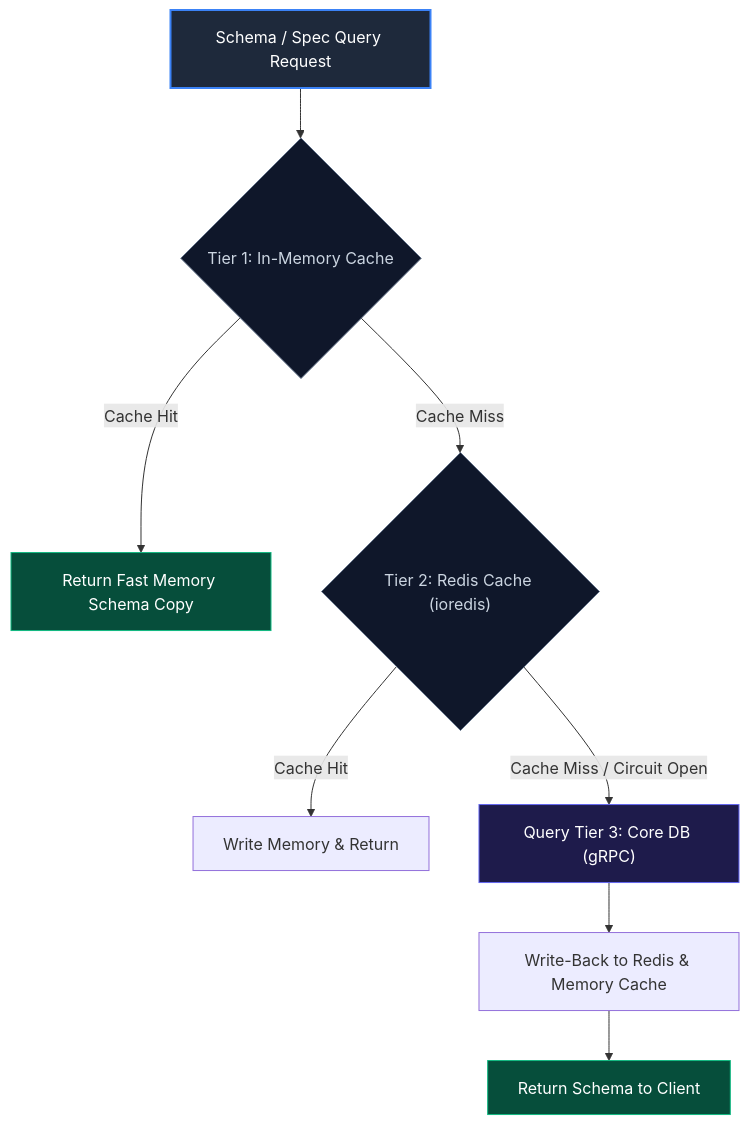
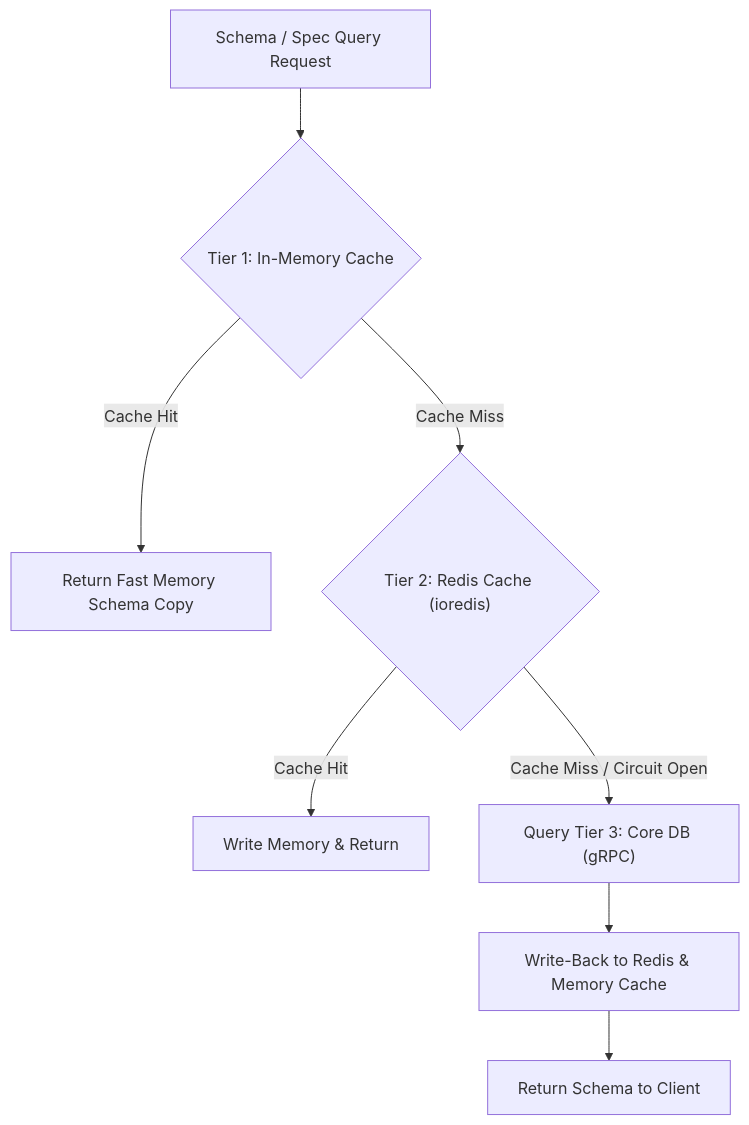
Before and after one commit to HadiuzzamanBappy/finx-ui: the diagram in docs/devs/04-data-flow-and-api/caching-strategy.md, drawn with Mermaid. The commit also changed 31 other files, not shown here.

````diff
--- a/docs/devs/04-data-flow-and-api/caching-strategy.md
+++ b/docs/devs/04-data-flow-and-api/caching-strategy.md
@@ -12,20 +12,13 @@
 ```mermaid
 flowchart TD
     Req["Schema / Spec Query Request"] --> T1{"Tier 1: In-Memory Cache"}
     
     T1 -- Cache Hit --> Ret1["Return Fast Memory Schema Copy"]
     T1 -- Cache Miss --> T2{"Tier 2: Redis Cache (ioredis)"}
     
     T2 -- Cache Hit --> Write1["Write Memory & Return"]
     T2 -- Cache Miss / Circuit Open --> T3["Query Tier 3: Core DB (gRPC)"]
     
     T3 --> WriteBack["Write-Back to Redis & Memory Cache"]
     WriteBack --> Ret2["Return Schema to Client"]
-
-    style Req fill:#1e293b,stroke:#3b82f6,stroke-width:2px,color:#fff
-    style T1 fill:#0f172a,stroke:#64748b,stroke-width:1px,color:#cbd5e1
-    style T2 fill:#0f172a,stroke:#64748b,stroke-width:1px,color:#cbd5e1
-    style T3 fill:#1e1b4b,stroke:#6366f1,stroke-width:1px,color:#fff
-    style Ret1 fill:#064e3b,stroke:#10b981,stroke-width:1px,color:#fff
-    style Ret2 fill:#064e3b,stroke:#10b981,stroke-width:1px,color:#fff
 ```
````
